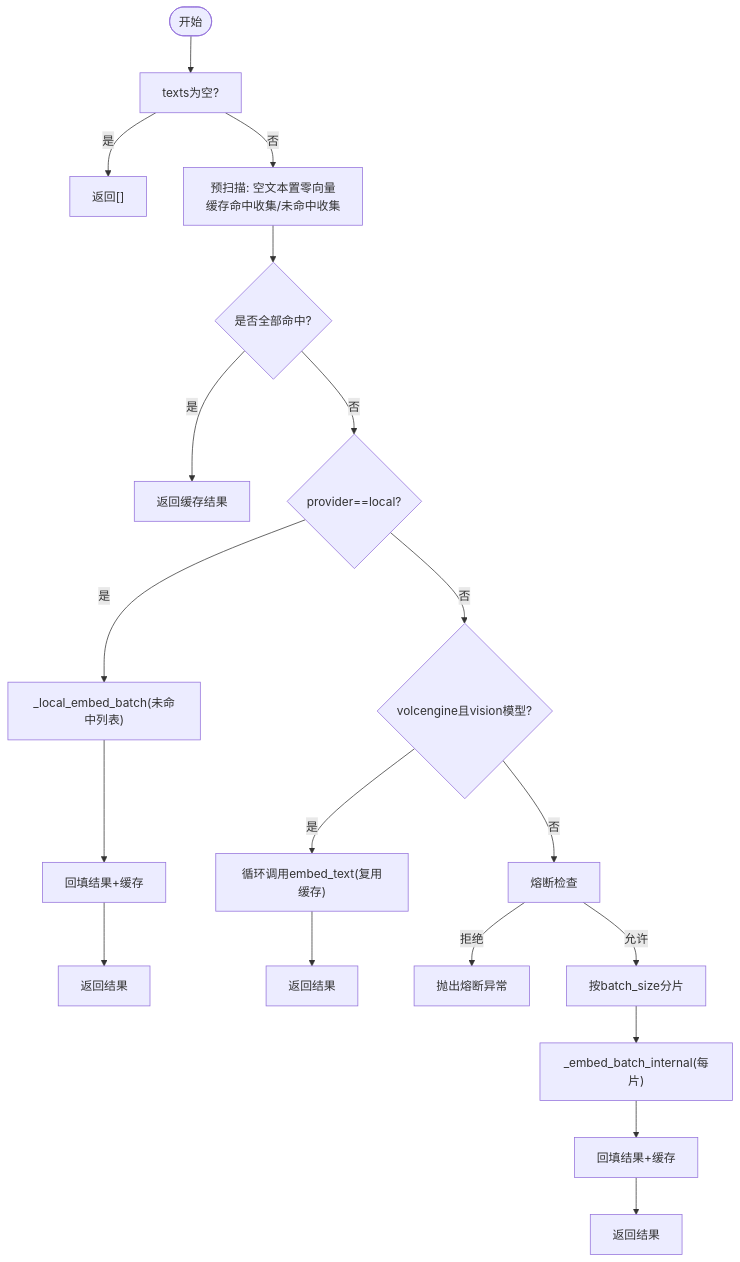
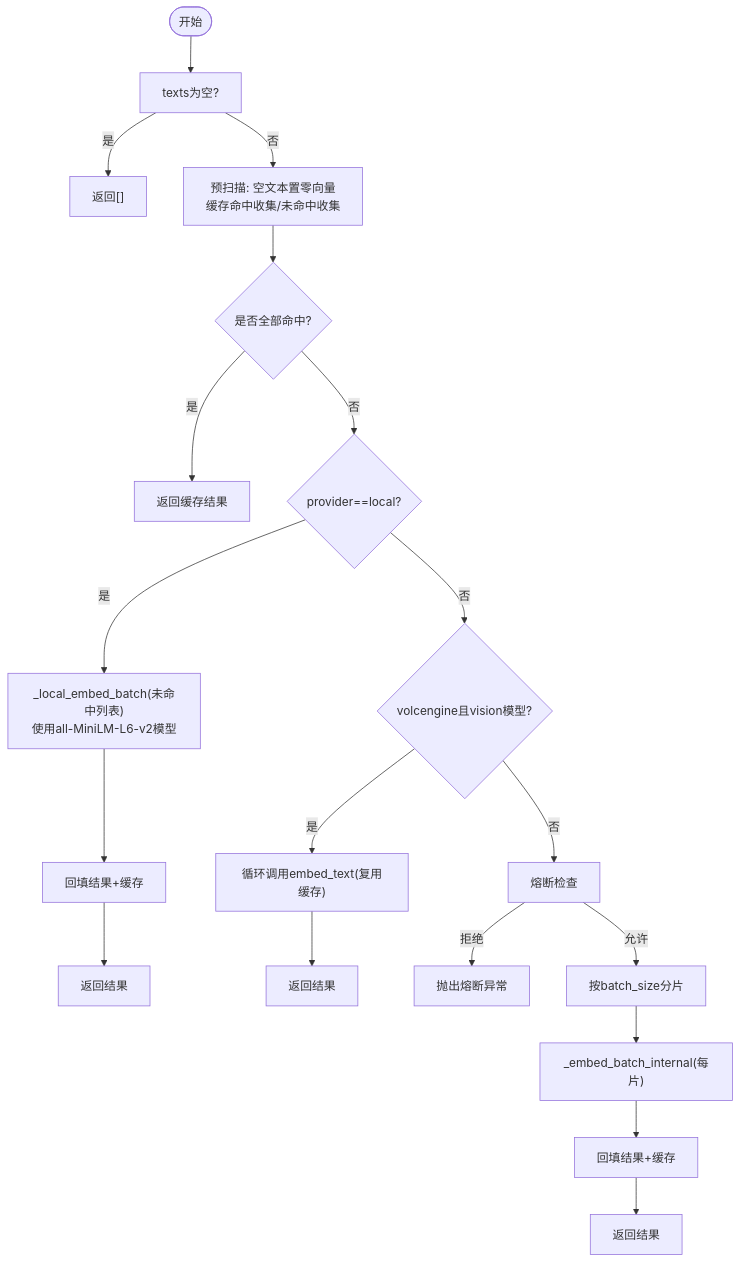
One commit to boyingliu01/fault-review-analyzer changed the fourth of 7 diagrams in .qoder/repowiki/zh/content/核心架构/核心组件/嵌入向量生成器.md. Above: the diagram before and after it, drawn with Mermaid. The commit also changed other lines of this file and 125 other files, not shown here.

````diff
--- a/.qoder/repowiki/zh/content/核心架构/核心组件/嵌入向量生成器.md
+++ b/.qoder/repowiki/zh/content/核心架构/核心组件/嵌入向量生成器.md
@@ -254,21 +273,21 @@
 ```mermaid
 flowchart TD
 Start(["开始"]) --> CheckEmpty["texts为空?"]
 CheckEmpty --> |是| ReturnEmpty["返回[]"]
 CheckEmpty --> |否| Preprocess["预扫描: 空文本置零向量<br/>缓存命中收集/未命中收集"]
 Preprocess --> AllCached{"是否全部命中?"}
 AllCached --> |是| ReturnAll["返回缓存结果"]
 AllCached --> |否| ProviderCheck{"provider==local?"}
-ProviderCheck --> |是| LocalBatch["_local_embed_batch(未命中列表)"]
+ProviderCheck --> |是| LocalBatch["_local_embed_batch(未命中列表)<br/>使用all-MiniLM-L6-v2模型"]
 LocalBatch --> FillLocal["回填结果+缓存"]
 FillLocal --> ReturnLocal["返回结果"]
 ProviderCheck --> |否| VolcVision{"volcengine且vision模型?"}
 VolcVision --> |是| LoopSingle["循环调用embed_text(复用缓存)"]
 LoopSingle --> ReturnVolc["返回结果"]
 VolcVision --> |否| CBCheck["熔断检查"]
 CBCheck --> |拒绝| RaiseCB["抛出熔断异常"]
 CBCheck --> |允许| SplitBatch["按batch_size分片"]
 SplitBatch --> CallInternal["_embed_batch_internal(每片)"]
 CallInternal --> FillAndCache["回填结果+缓存"]
 FillAndCache --> ReturnFinal["返回结果"]
 ```
````
